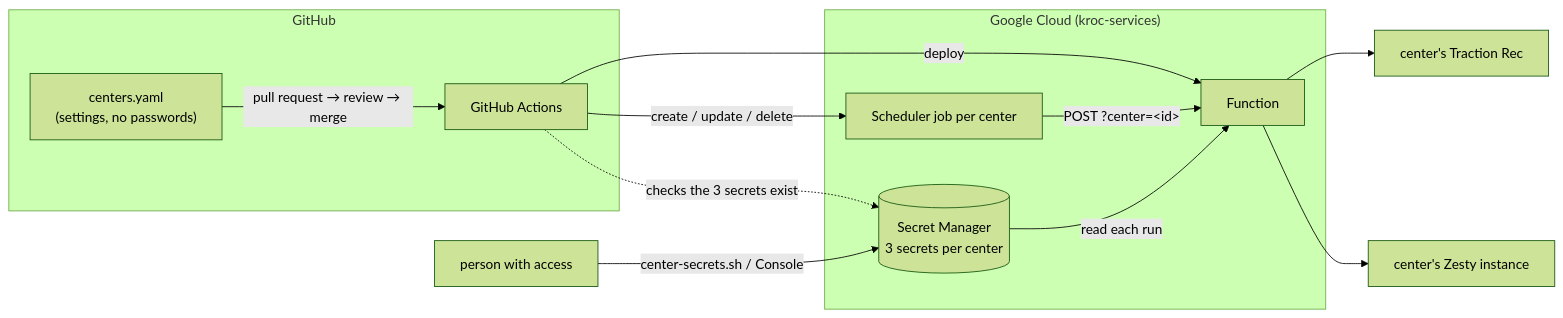
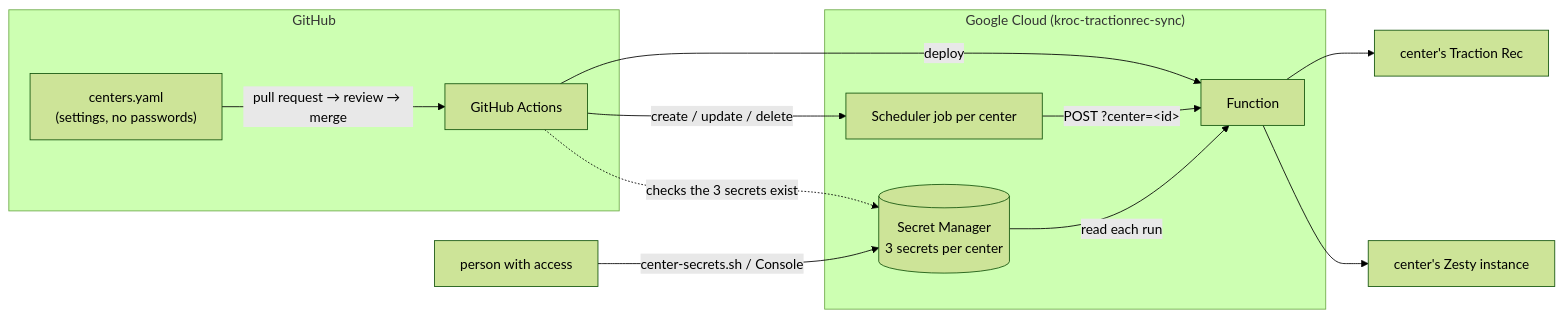
Before and after one commit to TSAUSN/Tractionrec-Sync-Services: the diagram in deploy/README.md, drawn with Mermaid (forest theme). The commit also changed other lines of this file and 2 other files, not shown here.

Commit message:
Docs: the sync now runs in project kroc-tractionrec-sync; the move is recorded

````diff
--- a/deploy/README.md
+++ b/deploy/README.md
@@ -13,17 +13,17 @@
 ```mermaid
 flowchart LR
   subgraph GitHub
     Y["centers.yaml<br/>(settings, no passwords)"] -- "pull request → review → merge" --> GA["GitHub Actions"]
   end
-  subgraph "Google Cloud (kroc-services)"
+  subgraph "Google Cloud (kroc-tractionrec-sync)"
     GA -- "deploy" --> FN["Function"]
     GA -- "create / update / delete" --> J["Scheduler job per center"]
     GA -. "checks the 3 secrets exist" .-> SM
     SM[("Secret Manager<br/>3 secrets per center")]
     J -- "POST ?center=&lt;id&gt;" --> FN
     SM -- "read each run" --> FN
   end
   P["person with access"] -- "center-secrets.sh / Console" --> SM
   FN --> TR["center's Traction Rec"]
   FN --> Z["center's Zesty instance"]
 ```
````
